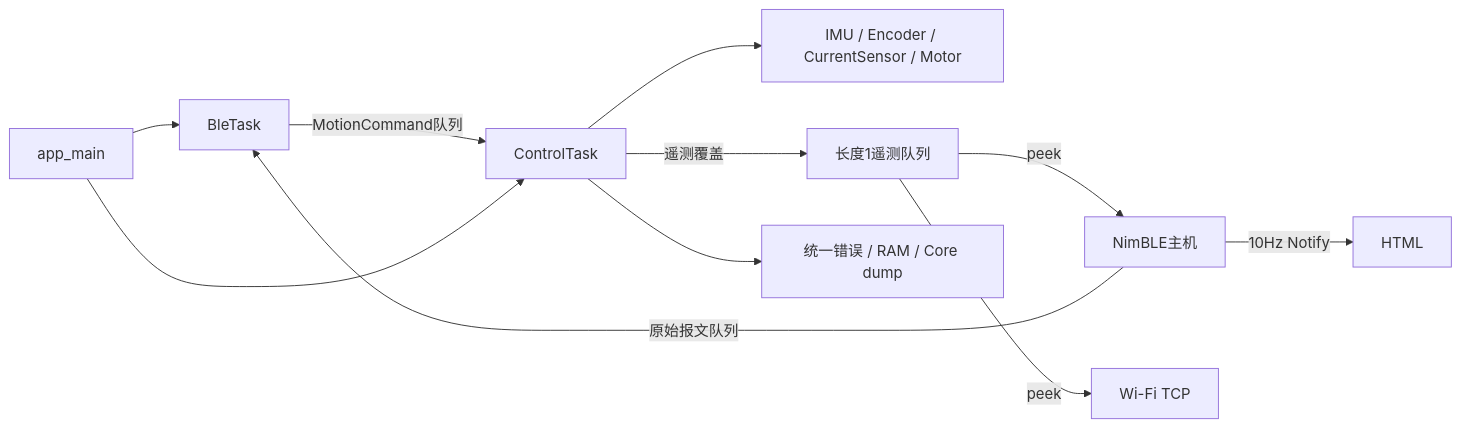
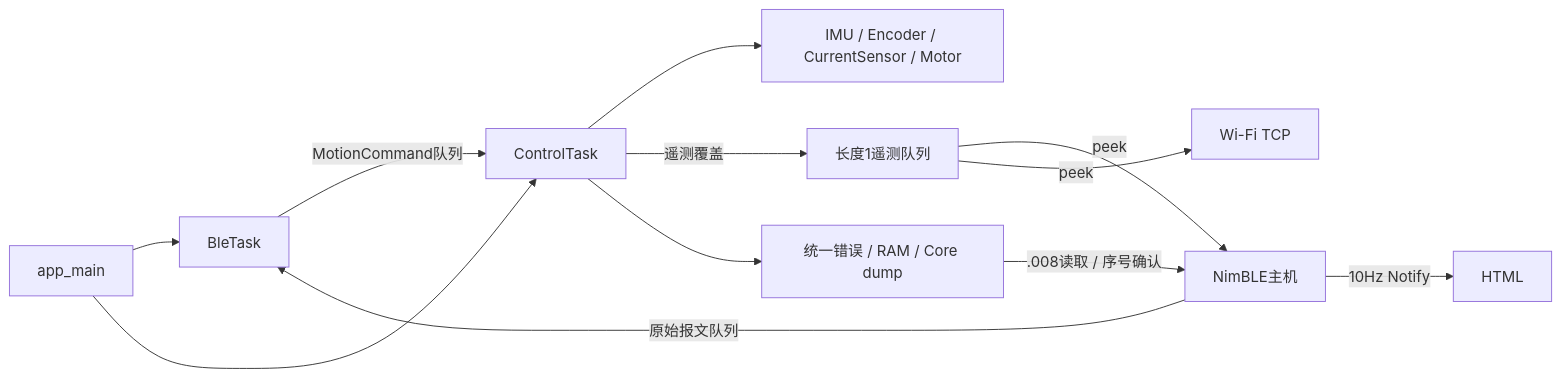
The third of 5 diagrams in docs/ADR-docs/architecture.md (welldone987/FOC_ESPIDF_balance_vehicle), drawn with Mermaid before and after one commit. The commit also changed other lines of this file and 14 other files, not shown here.

````diff
--- a/docs/ADR-docs/architecture.md
+++ b/docs/ADR-docs/architecture.md
@@ -229,13 +229,14 @@
 ```mermaid
 flowchart LR
     Main[app_main] --> BLE[BleTask]
     Host[NimBLE主机] -->|原始报文队列| BLE
     BLE -->|MotionCommand队列| Control[ControlTask]
     Main --> Control
     Control --> BSP[IMU / Encoder / CurrentSensor / Motor]
     Control -->|遥测覆盖| Telemetry[长度1遥测队列]
     Telemetry -->|peek| Host
     Host -->|10Hz Notify| HTML
     Telemetry -->|peek| Wifi[Wi-Fi TCP]
     Control --> Diag[统一错误 / RAM / Core dump]
+    Diag -->|.008读取 / 序号确认| Host
 ```
````
